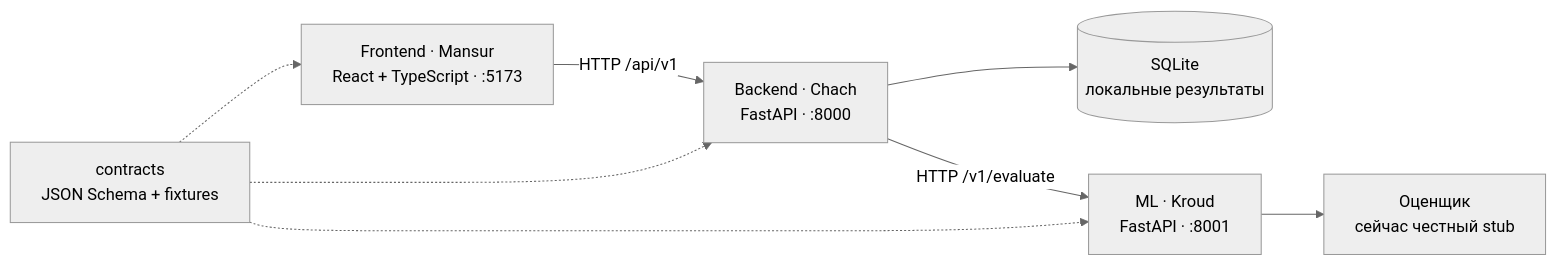
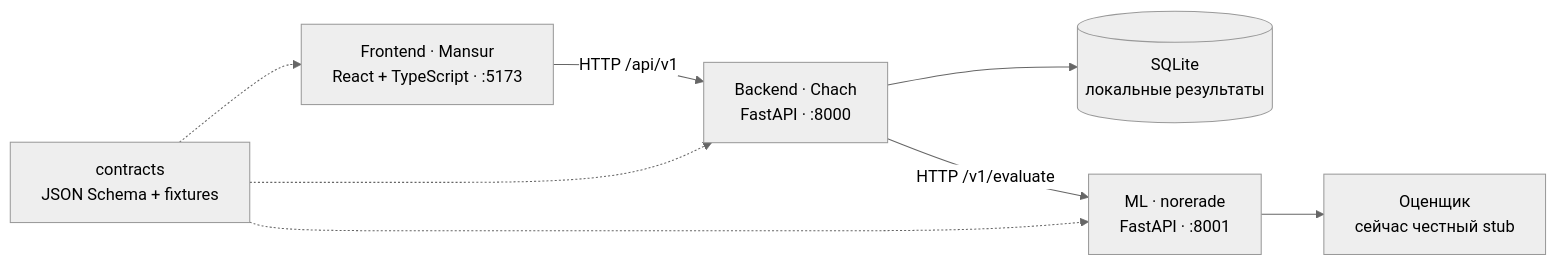
One commit to ChachDev/EVA changed the diagram in README.md. Above: the diagram before and after it, drawn with Mermaid (neutral theme). The commit also changed other lines of this file and 14 other files, not shown here.

Commit message:
kroud - norerade

````diff
--- a/README.md
+++ b/README.md
@@ -21,10 +21,10 @@
 ```mermaid
 flowchart LR
     UI[Frontend · Mansur<br/>React + TypeScript · :5173] -->|HTTP /api/v1| API[Backend · Chach<br/>FastAPI · :8000]
     API --> DB[(SQLite<br/>локальные результаты)]
-    API -->|HTTP /v1/evaluate| ML[ML · Kroud<br/>FastAPI · :8001]
+    API -->|HTTP /v1/evaluate| ML[ML · norerade<br/>FastAPI · :8001]
     ML --> ENGINE[Оценщик<br/>сейчас честный stub]
     C[contracts<br/>JSON Schema + fixtures] -.-> UI
     C -.-> API
     C -.-> ML
 ```
````
